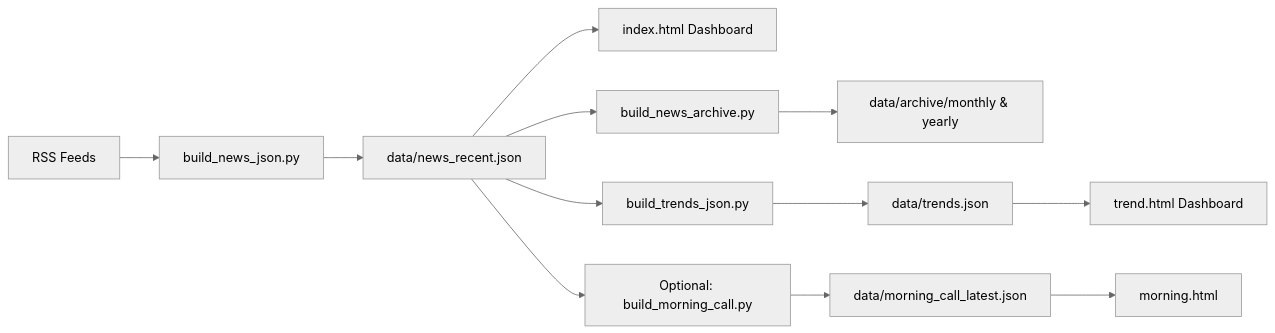
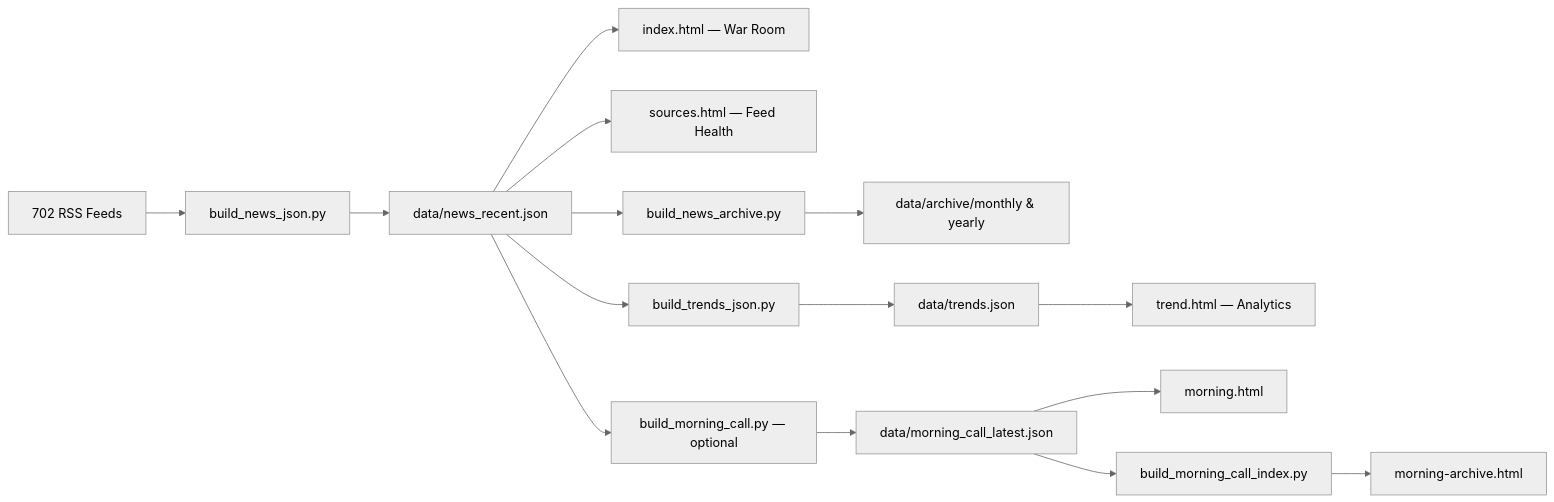
Before and after one commit to clivoa/S33R: the diagram in README.md, drawn with Mermaid (neutral theme). The commit also changed other lines of this file, not shown here.

````diff
--- a/README.md
+++ b/README.md
@@ -79,17 +75,20 @@
 ```mermaid
 flowchart LR
-    A[RSS Feeds] --> B[build_news_json.py]
+    A[702 RSS Feeds] --> B[build_news_json.py]
     B --> C[data/news_recent.json]
-    C --> D[index.html Dashboard]
+    C --> D[index.html — War Room]
+    C --> E2[sources.html — Feed Health]
 
     C --> E[build_news_archive.py]
     E --> F[data/archive/monthly & yearly]
 
     C --> G[build_trends_json.py]
     G --> H[data/trends.json]
-    H --> I[trend.html Dashboard]
+    H --> I[trend.html — Analytics]
 
-    C --> J[Optional: build_morning_call.py]
+    C --> J[build_morning_call.py — optional]
     J --> K[data/morning_call_latest.json]
     K --> L[morning.html]
+    K --> M[build_morning_call_index.py]
+    M --> N[morning-archive.html]
 ```
````
